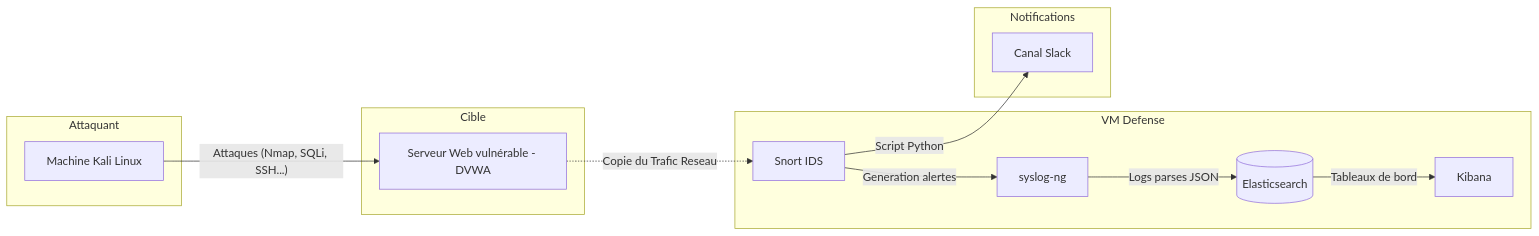
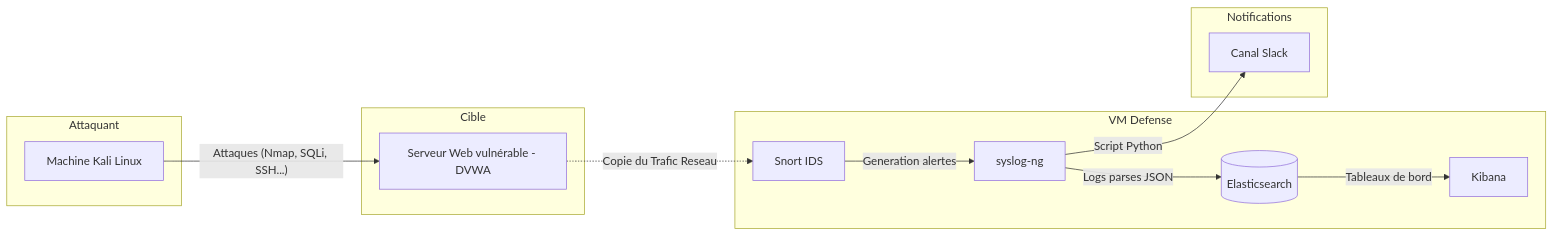
Before and after one commit to BahViraL/Projet1-Cyber: the diagram in README.md, drawn with Mermaid.

Commit message:
Fix flow from C to D in README

````diff
--- a/README.md
+++ b/README.md
@@ -8,25 +8,25 @@
 ```mermaid
 flowchart LR
     subgraph Attaquant
         A[Machine Kali Linux]
     end
     subgraph Cible
         B[Serveur Web vulnérable - DVWA]
     end
     subgraph VM Defense
         C[Snort IDS]
         D[syslog-ng]
         E[(Elasticsearch)]
         F[Kibana]
     end
     subgraph Notifications
         G[Canal Slack]
     end
 
     A -- "Attaques (Nmap, SQLi, SSH...)" --> B
     B -. "Copie du Trafic Reseau" .-> C
     C -- "Generation alertes" --> D
     D -- "Logs parses JSON" --> E
     E -- "Tableaux de bord" --> F
-    C -- "Script Python" --> G
+    D -- "Script Python" --> G
 ```
````
